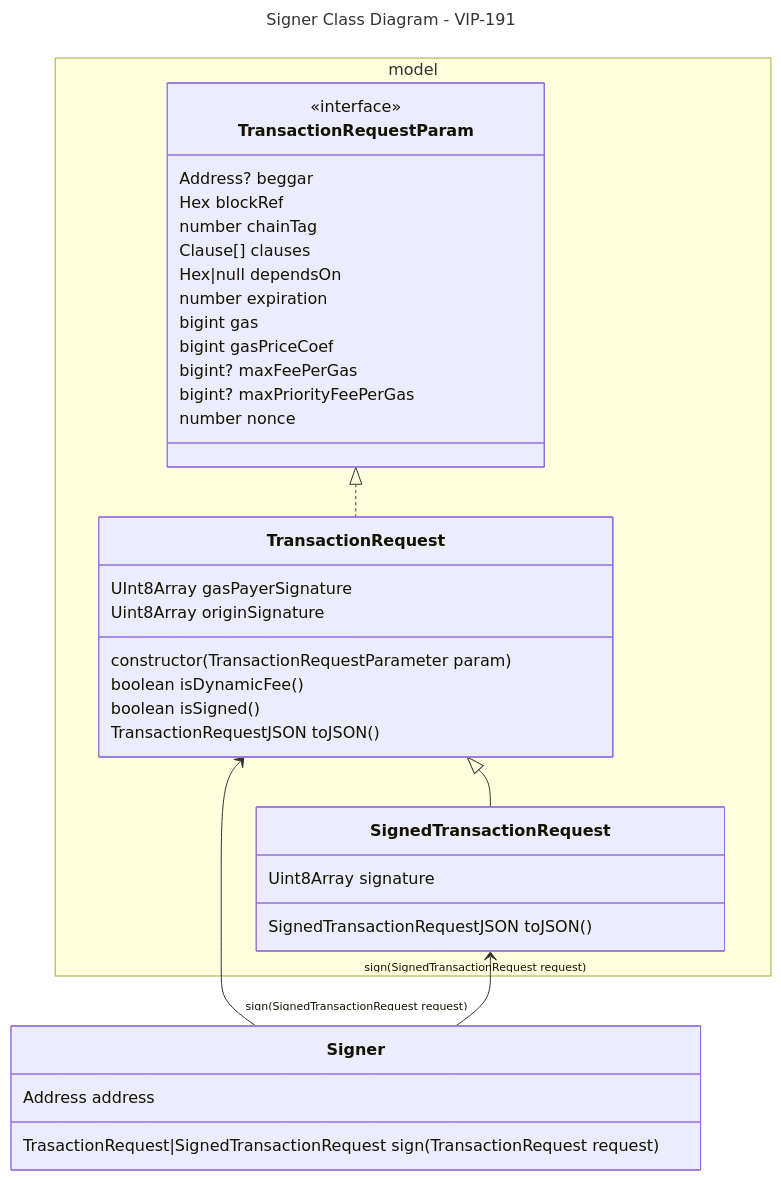
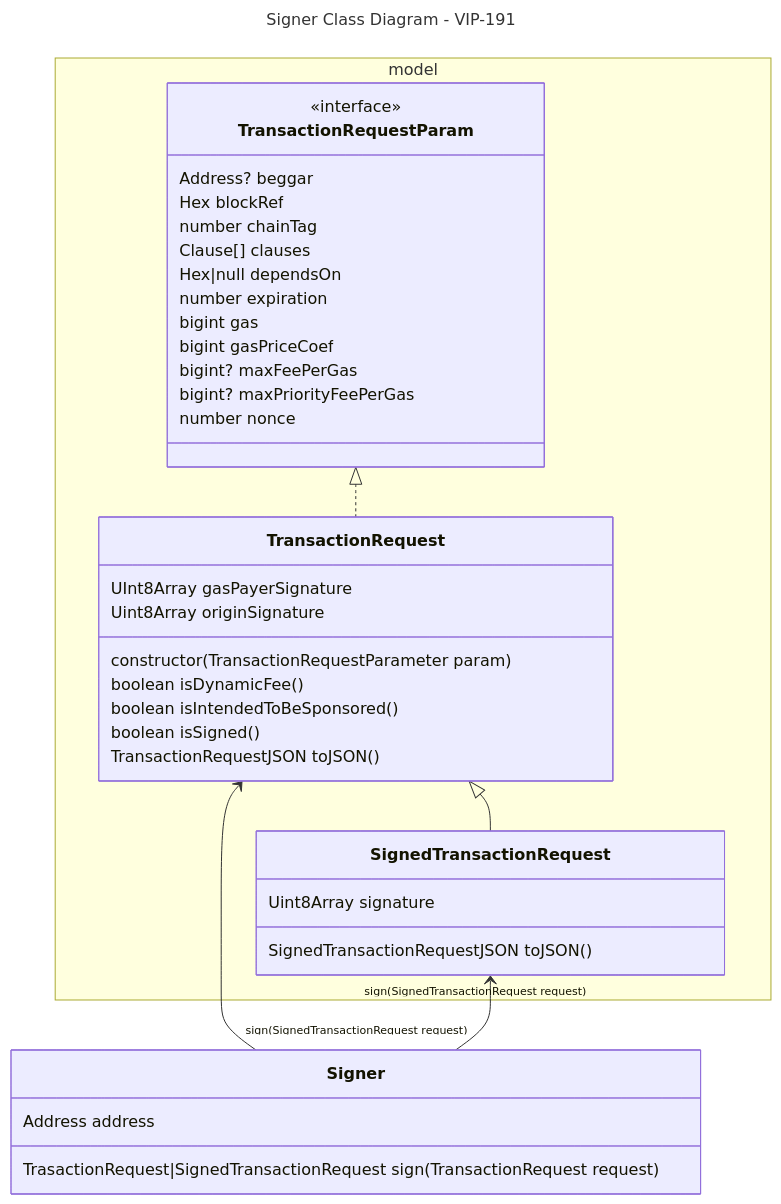
The diagram in docs/thorest/thor/signer/signer_class.mmd (vechain/vechain-sdk-js), drawn with Mermaid before and after one commit.

Commit message:
feat: 2476 TransactionRequest.ts tests...

```diff
--- a/docs/thorest/thor/signer/signer_class.mmd
+++ b/docs/thorest/thor/signer/signer_class.mmd
@@ -1,40 +1,41 @@
 ---
 title: Signer Class Diagram - VIP-191
 ---
 classDiagram
     namespace model {
         class SignedTransactionRequest {
             Uint8Array signature
             SignedTransactionRequestJSON toJSON()
         }
         class TransactionRequest {
             UInt8Array gasPayerSignature
             Uint8Array originSignature
             constructor(TransactionRequestParameter param)
             boolean isDynamicFee()
+            boolean isIntendedToBeSponsored()
             boolean isSigned()
             TransactionRequestJSON toJSON()
         }
         class TransactionRequestParam {
             <<interface>>
             Address? beggar
             Hex blockRef
             number chainTag
             Clause[] clauses
             Hex|null dependsOn
             number expiration
             bigint gas
             bigint gasPriceCoef
             bigint? maxFeePerGas
             bigint? maxPriorityFeePerGas
             number nonce
         }
     }
     class Signer {
         Address address
         TrasactionRequest|SignedTransactionRequest sign(TransactionRequest request)
     }
     TransactionRequestParam <|.. TransactionRequest
     TransactionRequest <|-- SignedTransactionRequest
     TransactionRequest <-- "sign(SignedTransactionRequest request)" Signer
     SignedTransactionRequest "sign(SignedTransactionRequest request)" <-- Signer
```
